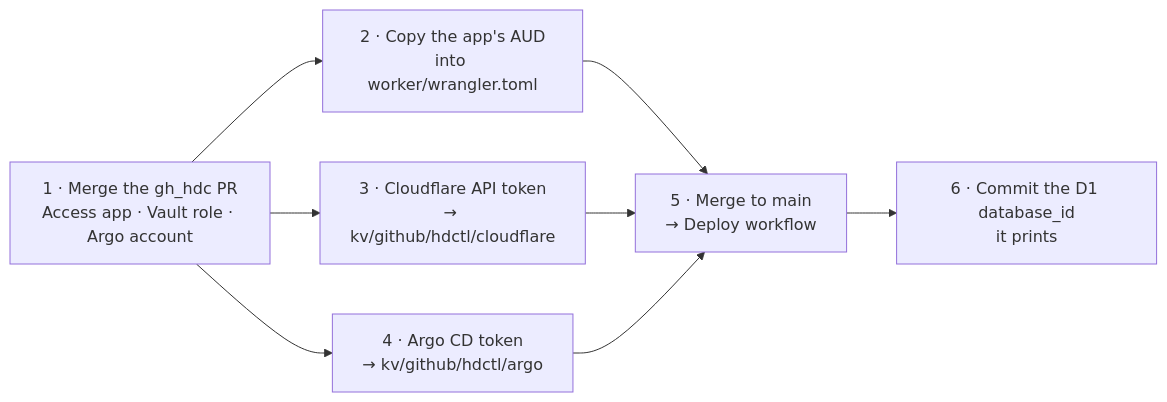
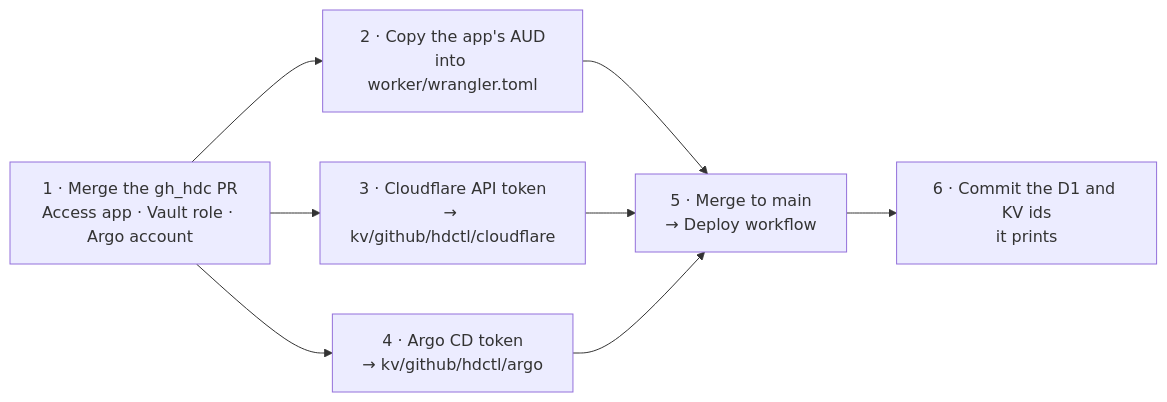
One commit to mike12806/hdctl changed the sixth of 7 diagrams in README.md. Above: the diagram before and after it, drawn with Mermaid. The commit also changed other lines of this file and 23 other files, not shown here.

````diff
--- a/README.md
+++ b/README.md
@@ -213,8 +283,8 @@
 ```mermaid
 flowchart LR
   a["1 · Merge the gh_hdc PR<br/>Access app · Vault role · Argo account"] --> b["2 · Copy the app's AUD<br/>into worker/wrangler.toml"]
   a --> c["3 · Cloudflare API token<br/>→ kv/github/hdctl/cloudflare"]
   a --> d["4 · Argo CD token<br/>→ kv/github/hdctl/argo"]
   b & c & d --> e["5 · Merge to main<br/>→ Deploy workflow"]
-  e --> f["6 · Commit the D1 database_id<br/>it prints"]
+  e --> f["6 · Commit the D1 and KV ids<br/>it prints"]
 ```
````
